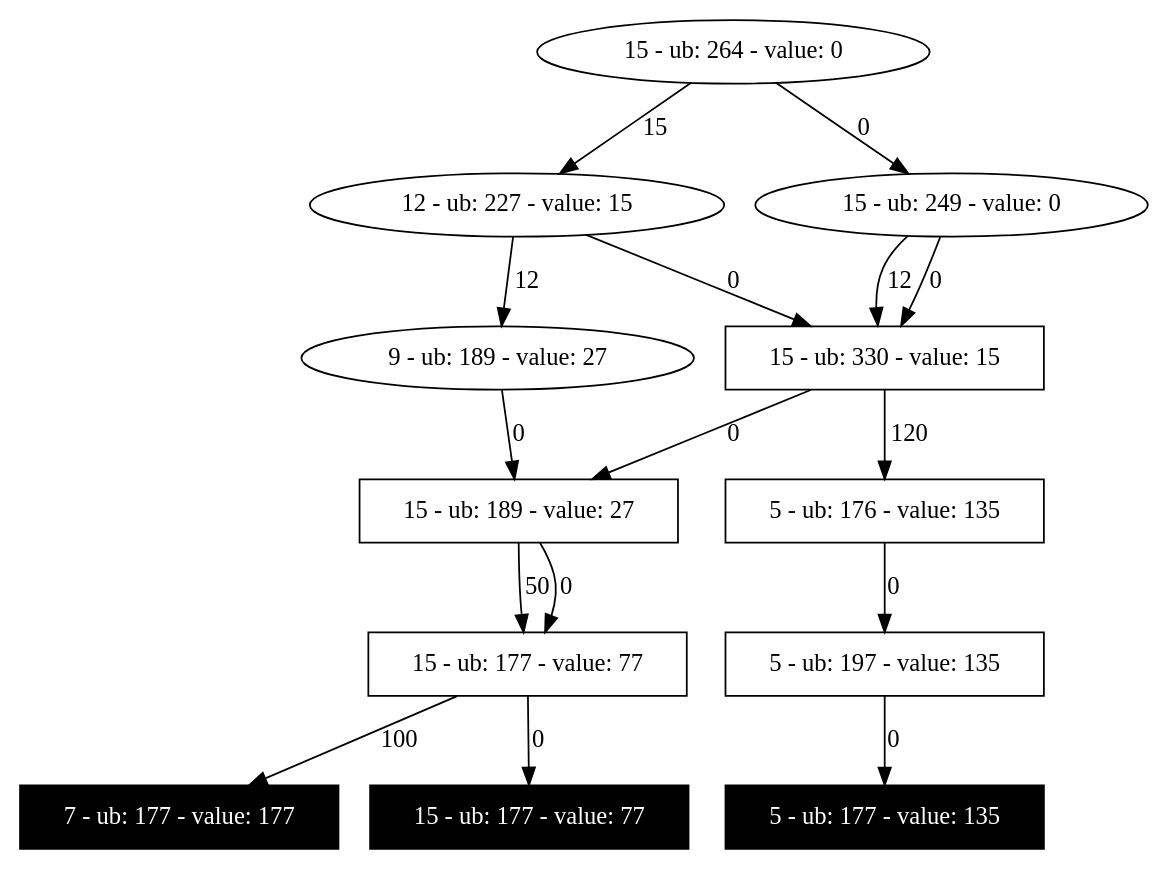
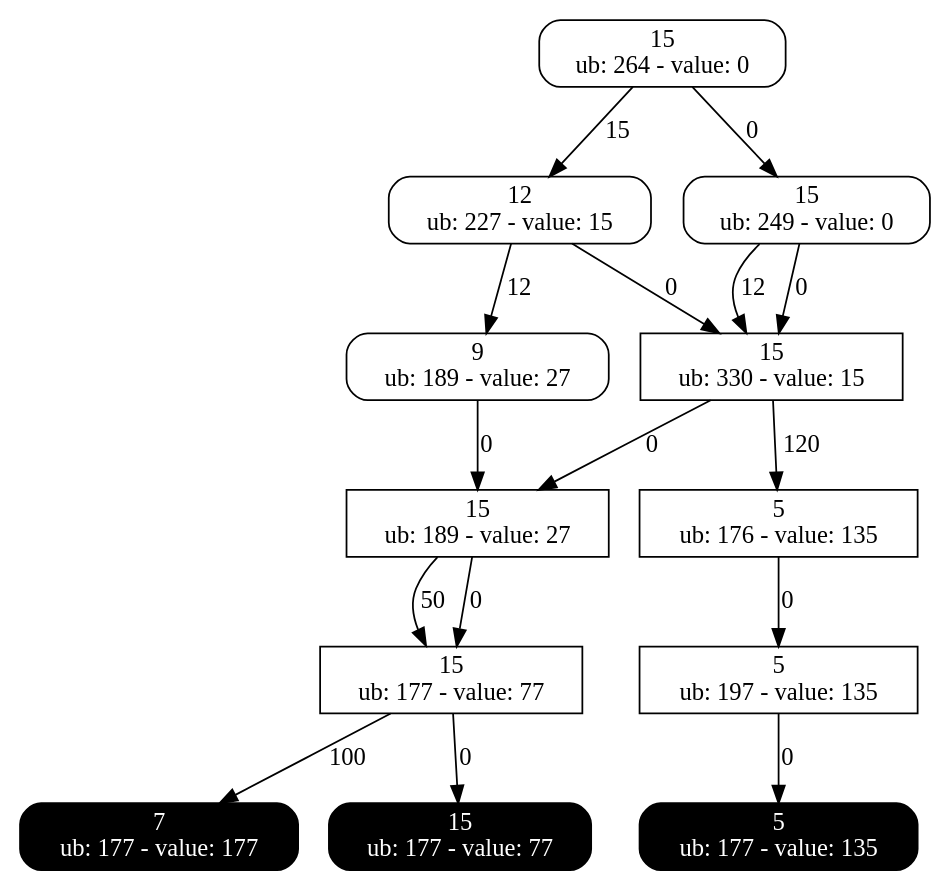
Before and after one commit to DDOLIB-CETIC-UCL/DDOLib: the diagram in output/KSProblem_relaxed.dot, drawn with Graphviz. The commit also changed 7 other files, not shown here.

```diff
--- a/output/KSProblem_relaxed.dot
+++ b/output/KSProblem_relaxed.dot
@@ -1,29 +1,41 @@
 Digraph relaxed{
-511754216 [label="15 - ub: 264 - value: 0", tooltip="Exact node"];
-1721931908 [label="12 - ub: 227 - value: 15", tooltip="Exact node"];
-511754216 -> 1721931908 [label=15tooltip="Decision: assign 1 to var 0"];
-1198108795 [label="15 - ub: 249 - value: 0", tooltip="Exact node"];
-511754216 -> 1198108795 [label=0tooltip="Decision: assign 0 to var 0"];
-1706234378 [label="9 - ub: 189 - value: 27", tooltip="Exact node"];
-1721931908 -> 1706234378 [label=12tooltip="Decision: assign 1 to var 1"];
-1867750575 [label="15 - ub: 330 - value: 15", shape=box, tooltip="Relaxed node"];
-1721931908 -> 1867750575 [label=0tooltip="Decision: assign 0 to var 1"];
-1198108795 -> 1867750575 [label=12tooltip="Decision: assign 1 to var 1"];
-1198108795 -> 1867750575 [label=0tooltip="Decision: assign 0 to var 1"];
-2046562095 [label="5 - ub: 176 - value: 135", shape=box, tooltip="Relaxed node"];
-1867750575 -> 2046562095 [label=120tooltip="Decision: assign 1 to var 2"];
-1342443276 [label="15 - ub: 189 - value: 27", shape=box, tooltip="Relaxed node"];
-1706234378 -> 1342443276 [label=0tooltip="Decision: assign 0 to var 2"];
-1867750575 -> 1342443276 [label=0tooltip="Decision: assign 0 to var 2"];
-769287236 [label="5 - ub: 197 - value: 135", shape=box, tooltip="Relaxed node"];
-2046562095 -> 769287236 [label=0tooltip="Decision: assign 0 to var 3"];
-1587487668 [label="15 - ub: 177 - value: 77", shape=box, tooltip="Relaxed node"];
-1342443276 -> 1587487668 [label=50tooltip="Decision: assign 1 to var 3"];
-1342443276 -> 1587487668 [label=0tooltip="Decision: assign 0 to var 3"];
-1199823423 [label="5 - ub: 177 - value: 135", shape=box, tooltip="Relaxed node", color=black, style=filled, fontcolor=white, tooltip="Terminal node"];
-769287236 -> 1199823423 [label=0tooltip="Decision: assign 0 to var 4"];
-932172204 [label="7 - ub: 177 - value: 177", shape=box, tooltip="Relaxed node", color=black, style=filled, fontcolor=white, tooltip="Terminal node"];
-1587487668 -> 932172204 [label=100tooltip="Decision: assign 1 to var 4"];
-1225358173 [label="15 - ub: 177 - value: 77", shape=box, tooltip="Relaxed node", color=black, style=filled, fontcolor=white, tooltip="Terminal node"];
-1587487668 -> 1225358173 [label=0tooltip="Decision: assign 0 to var 4"];
+500977346 [label="15
+ub: 264 - value: 0", style=rounded, shape=rectangle, tooltip="Exact node"];
+20132171 [label="12
+ub: 227 - value: 15", style=rounded, shape=rectangle, tooltip="Exact node"];
+500977346 -> 20132171 [label=15, tooltip="Decision: assign 1 to var 0"];
+186370029 [label="15
+ub: 249 - value: 0", style=rounded, shape=rectangle, tooltip="Exact node"];
+500977346 -> 186370029 [label=0, tooltip="Decision: assign 0 to var 0"];
+455896770 [label="9
+ub: 189 - value: 27", style=rounded, shape=rectangle, tooltip="Exact node"];
+20132171 -> 455896770 [label=12, tooltip="Decision: assign 1 to var 1"];
+1323165413 [label="15
+ub: 330 - value: 15", shape=box, tooltip="Relaxed node"];
+20132171 -> 1323165413 [label=0, tooltip="Decision: assign 0 to var 1"];
+186370029 -> 1323165413 [label=12, tooltip="Decision: assign 1 to var 1"];
+186370029 -> 1323165413 [label=0, tooltip="Decision: assign 0 to var 1"];
+1880587981 [label="5
+ub: 176 - value: 135", shape=box, tooltip="Relaxed node"];
+1323165413 -> 1880587981 [label=120, tooltip="Decision: assign 1 to var 2"];
+511754216 [label="15
+ub: 189 - value: 27", shape=box, tooltip="Relaxed node"];
+455896770 -> 511754216 [label=0, tooltip="Decision: assign 0 to var 2"];
+1323165413 -> 511754216 [label=0, tooltip="Decision: assign 0 to var 2"];
+1721931908 [label="5
+ub: 197 - value: 135", shape=box, tooltip="Relaxed node"];
+1880587981 -> 1721931908 [label=0, tooltip="Decision: assign 0 to var 3"];
+1198108795 [label="15
+ub: 177 - value: 77", shape=box, tooltip="Relaxed node"];
+511754216 -> 1198108795 [label=50, tooltip="Decision: assign 1 to var 3"];
+511754216 -> 1198108795 [label=0, tooltip="Decision: assign 0 to var 3"];
+214126413 [label="5
+ub: 177 - value: 135", shape=box, tooltip="Relaxed node", style="filled, rounded", shape=rectangle, color=black, fontcolor=white, tooltip="Terminal node"];
+1721931908 -> 214126413 [label=0, tooltip="Decision: assign 0 to var 4"];
+396873410 [label="7
+ub: 177 - value: 177", shape=box, tooltip="Relaxed node", style="filled, rounded", shape=rectangle, color=black, fontcolor=white, tooltip="Terminal node"];
+1198108795 -> 396873410 [label=100, tooltip="Decision: assign 1 to var 4"];
+1706234378 [label="15
+ub: 177 - value: 77", shape=box, tooltip="Relaxed node", style="filled, rounded", shape=rectangle, color=black, fontcolor=white, tooltip="Terminal node"];
+1198108795 -> 1706234378 [label=0, tooltip="Decision: assign 0 to var 4"];
 }
```
